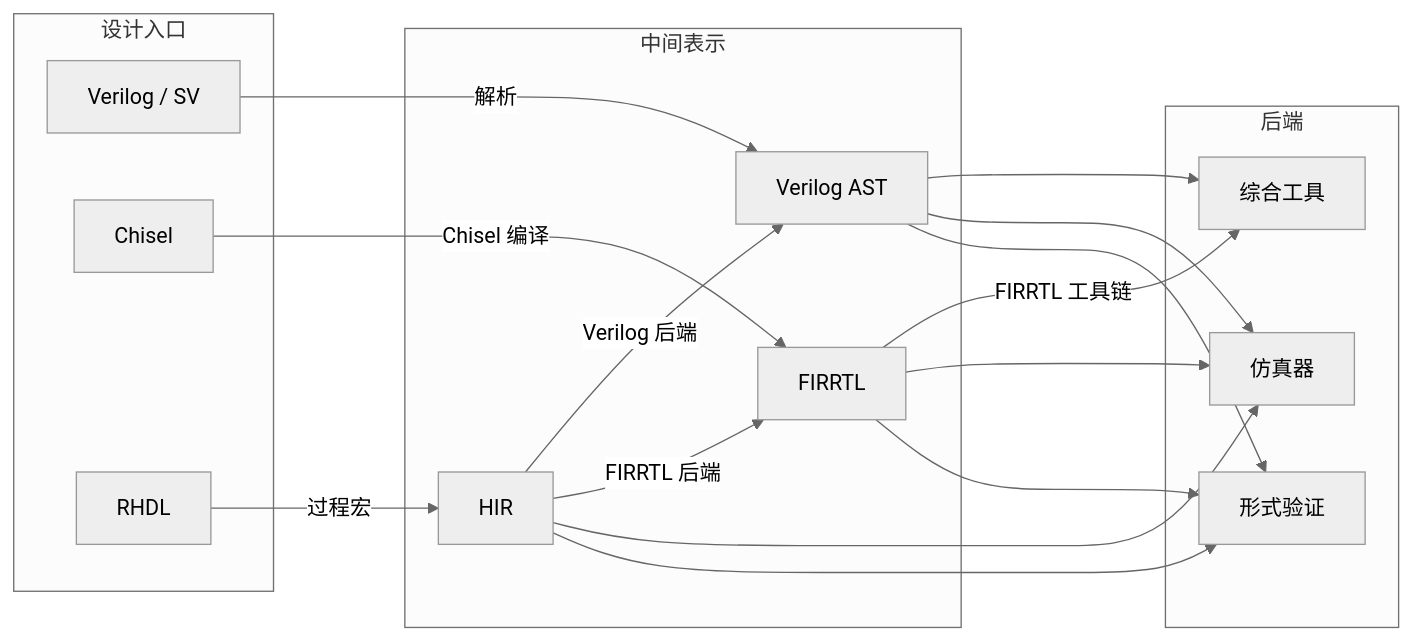
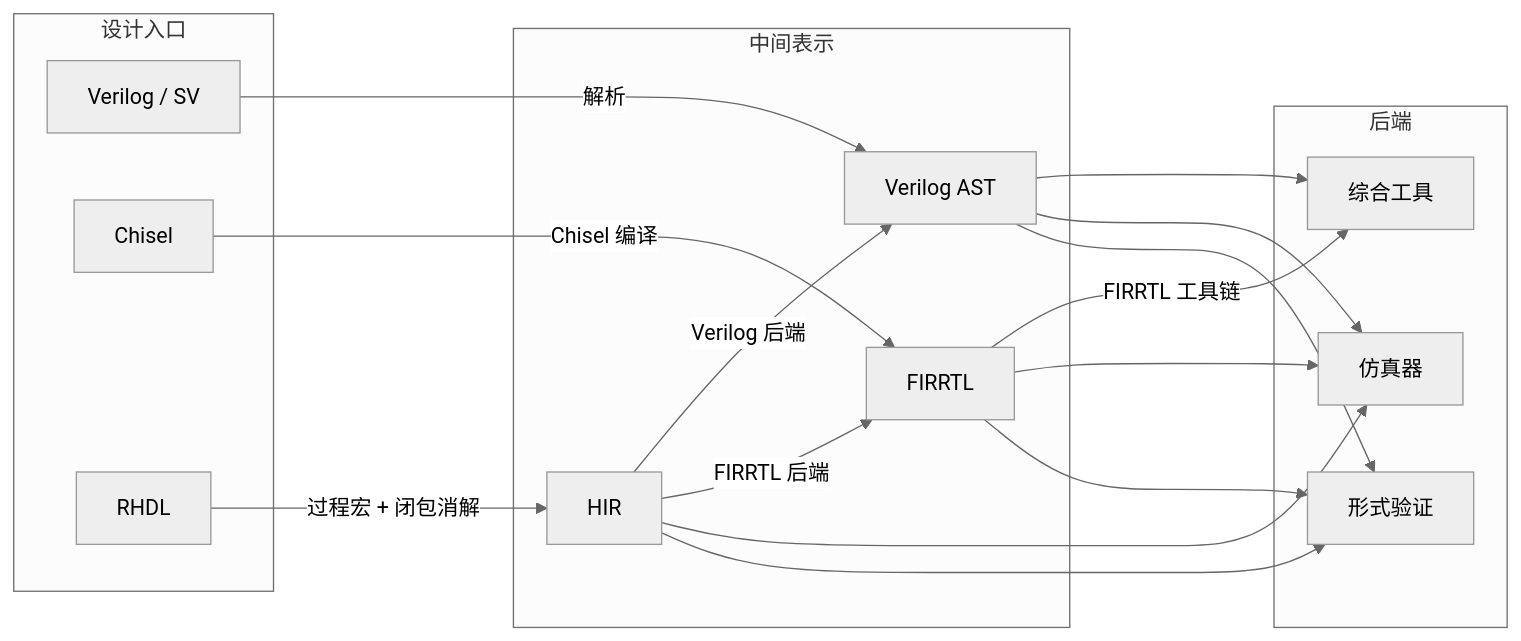
The fourth of 10 diagrams in docs/requirements/1. 项目概述.md (TangCan/bitloom), drawn with Mermaid (neutral theme) before and after one commit. The commit also changed other lines of this file, not shown here.

````diff
--- a/docs/requirements/1. 项目概述.md
+++ b/docs/requirements/1. 项目概述.md
@@ -130,35 +118,34 @@
 ```mermaid
 flowchart LR
     subgraph 设计入口
         A[Verilog / SV]
         B[Chisel]
         C[RHDL]
     end
 
     subgraph 中间表示
         D[Verilog AST]
         E[FIRRTL]
         F[HIR]
     end
 
     subgraph 后端
         G[综合工具]
         H[仿真器]
         I[形式验证]
     end
 
-    C -->|过程宏| F
+    C -->|过程宏 + 闭包消解| F
     F -->|Verilog 后端| D
     F -->|FIRRTL 后端| E
     E -->|FIRRTL 工具链| G
     D --> G
     B -->|Chisel 编译| E
     A -->|解析| D
     D --> H
     E --> H
     F --> H
     D --> I
     E --> I
     F --> I
-
 ```
````
